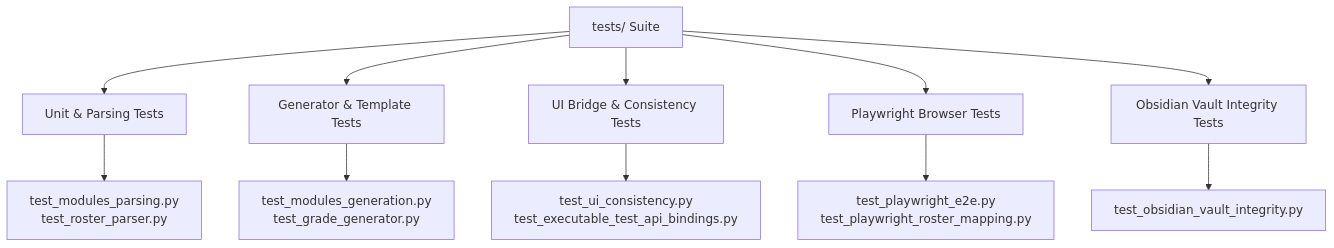
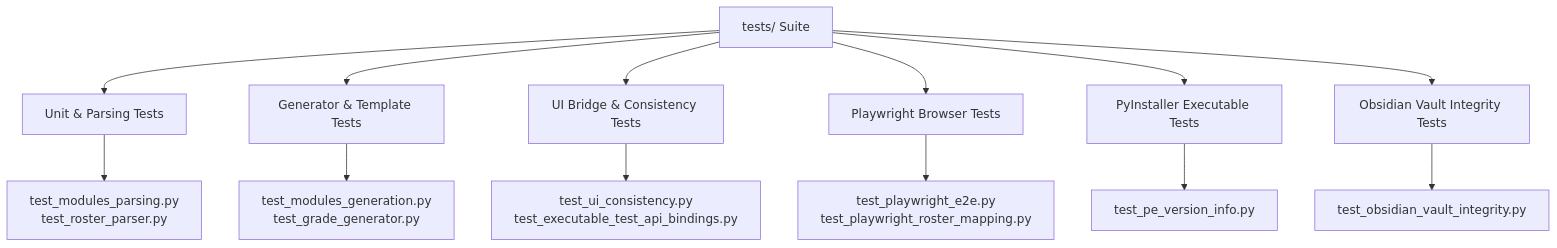
The diagram in 06 - Development/Testing Strategy.md (DrinkBoooz/cvsu-generator_documentation), drawn with Mermaid before and after one commit. The commit also changed other lines of this file and 18 other files, not shown here.

Commit message:
3: map current application architecture, generators, templates, user guides, and perform hig audit

````diff
--- a/06 - Development/Testing Strategy.md
+++ b/06 - Development/Testing Strategy.md
@@ -35,14 +35,16 @@
 ```mermaid
 graph TD
     Tests["tests/ Suite"] --> Unit["Unit & Parsing Tests"]
     Tests --> DocxXlsx["Generator & Template Tests"]
     Tests --> Integ["UI Bridge & Consistency Tests"]
     Tests --> E2E["Playwright Browser Tests"]
+    Tests --> Build["PyInstaller Executable Tests"]
     Tests --> Vault["Obsidian Vault Integrity Tests"]
 
     Unit --> T1["test_modules_parsing.py<br>test_roster_parser.py"]
     DocxXlsx --> T2["test_modules_generation.py<br>test_grade_generator.py"]
     Integ --> T3["test_ui_consistency.py<br>test_executable_test_api_bindings.py"]
     E2E --> T4["test_playwright_e2e.py<br>test_playwright_roster_mapping.py"]
-    Vault --> T5["test_obsidian_vault_integrity.py"]
+    Build --> T5["test_pe_version_info.py"]
+    Vault --> T6["test_obsidian_vault_integrity.py"]
 ```
````
